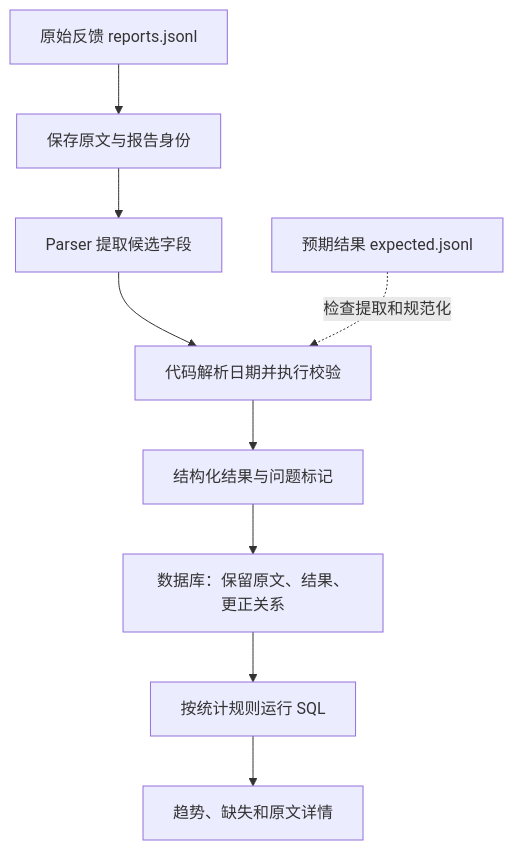
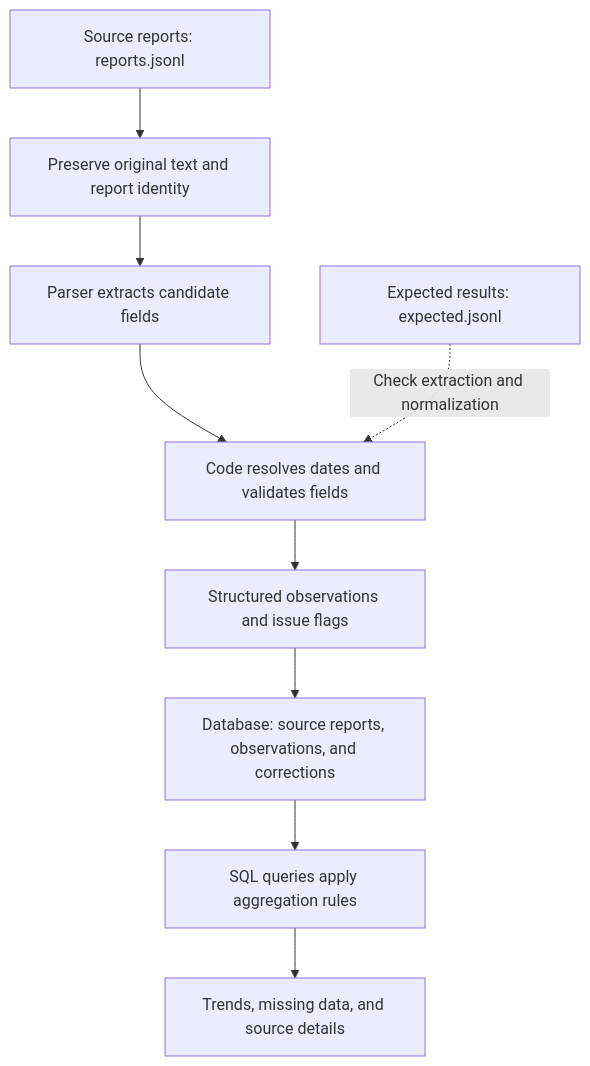
The diagram in docs/design.md (buyifei11/Patient-Reported-Data-Store-Manage-Chart), drawn with Mermaid before and after one commit. The commit also changed other lines of this file and 1 other file, not shown here.

````diff
--- a/docs/design.md
+++ b/docs/design.md
@@ -17,11 +19,11 @@
 ```mermaid
 flowchart TD
-    A[原始反馈 reports.jsonl] --> B[保存原文与报告身份]
-    B --> C[Parser 提取候选字段]
-    C --> D[代码解析日期并执行校验]
-    D --> E[结构化结果与问题标记]
-    E --> F[数据库：保留原文、结果、更正关系]
-    F --> G[按统计规则运行 SQL]
-    G --> H[趋势、缺失和原文详情]
-    T[预期结果 expected.jsonl] -. 检查提取和规范化 .-> D
+    A["Source reports: reports.jsonl"] --> B["Preserve original text and report identity"]
+    B --> C["Parser extracts candidate fields"]
+    C --> D["Code resolves dates and validates fields"]
+    D --> E["Structured observations and issue flags"]
+    E --> F["Database: source reports, observations, and corrections"]
+    F --> G["SQL queries apply aggregation rules"]
+    G --> H["Trends, missing data, and source details"]
+    T["Expected results: expected.jsonl"] -. "Check extraction and normalization" .-> D
 ```
````
